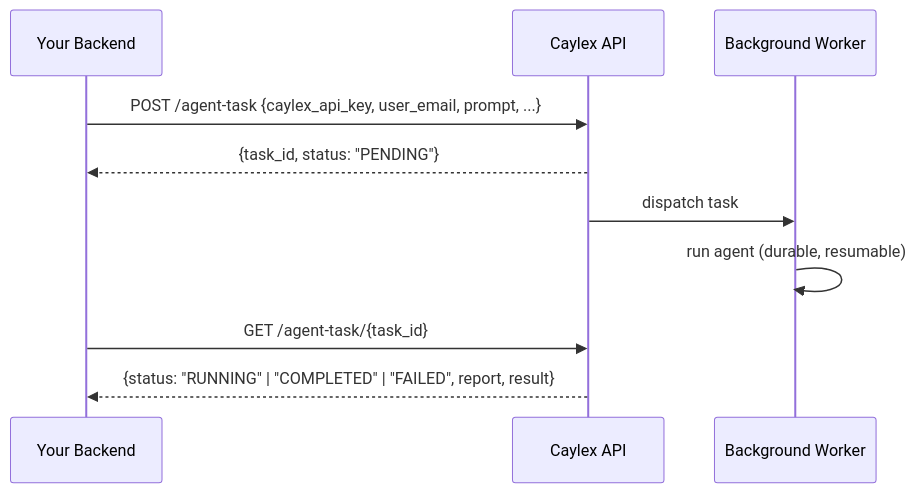
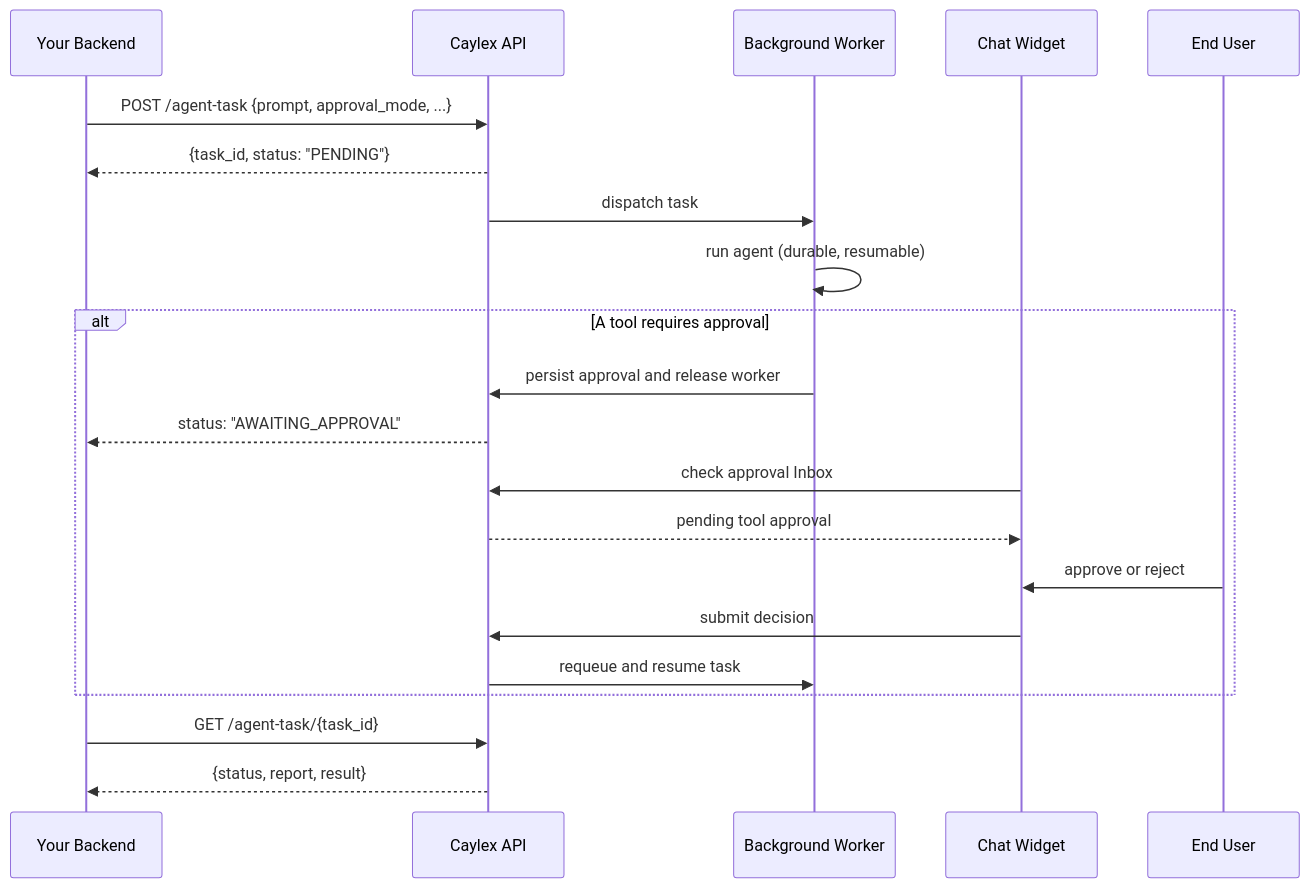
Before and after one commit to caylex-ai/caylex-developer-docs: the diagram in background-tasks/agent-tasks.mdx, drawn with Mermaid. The commit also changed other lines of this file and 1 other file, not shown here.

````diff
--- a/background-tasks/agent-tasks.mdx
+++ b/background-tasks/agent-tasks.mdx
@@ -21,13 +23,24 @@
 ```mermaid
 sequenceDiagram
     participant Backend as Your Backend
     participant Caylex as Caylex API
     participant Worker as Background Worker
+    participant Widget as Chat Widget
+    participant User as End User
 
-    Backend->>Caylex: POST /agent-task {caylex_api_key, user_email, prompt, ...}
+    Backend->>Caylex: POST /agent-task {prompt, approval_mode, ...}
     Caylex-->>Backend: {task_id, status: "PENDING"}
     Caylex->>Worker: dispatch task
     Worker->>Worker: run agent (durable, resumable)
+    alt A tool requires approval
+        Worker->>Caylex: persist approval and release worker
+        Caylex-->>Backend: status: "AWAITING_APPROVAL"
+        Widget->>Caylex: check approval Inbox
+        Caylex-->>Widget: pending tool approval
+        User->>Widget: approve or reject
+        Widget->>Caylex: submit decision
+        Caylex->>Worker: requeue and resume task
+    end
     Backend->>Caylex: GET /agent-task/{task_id}
-    Caylex-->>Backend: {status: "RUNNING" | "COMPLETED" | "FAILED", report, result}
+    Caylex-->>Backend: {status, report, result}
 ```
````
